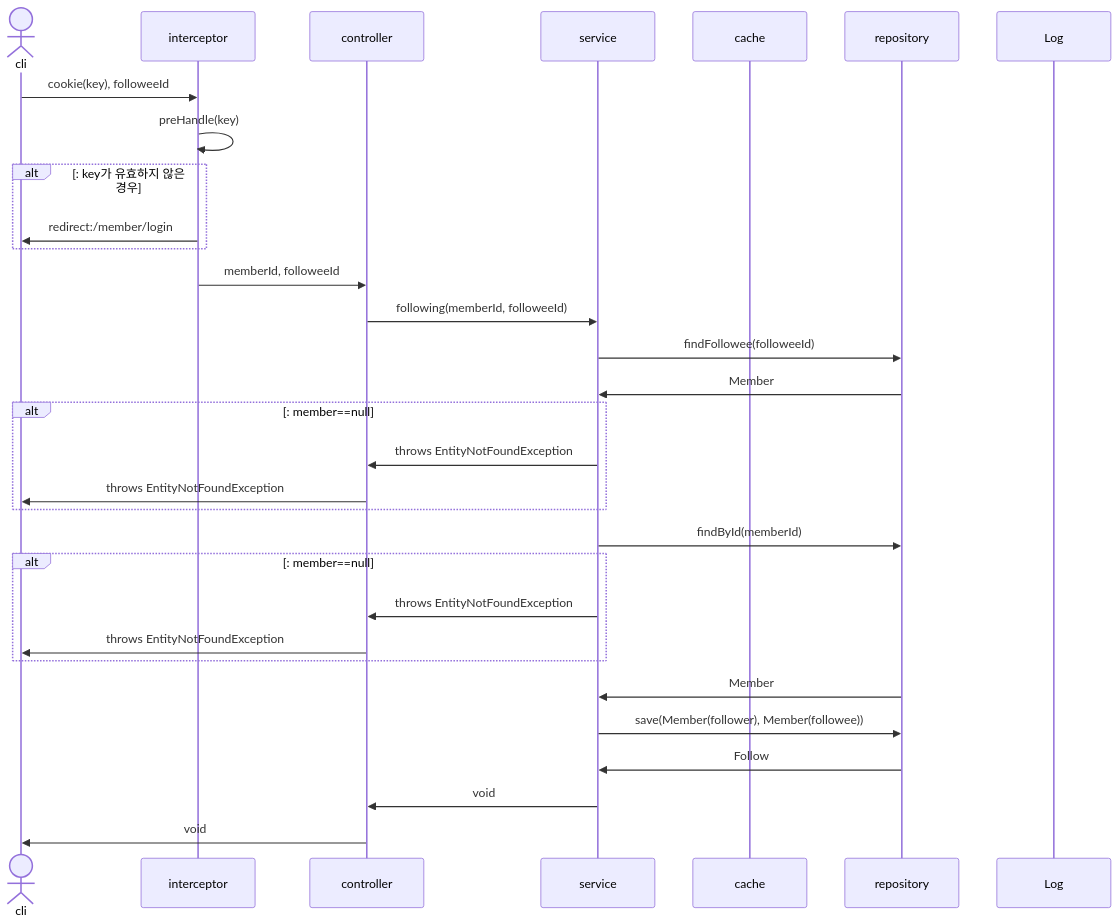
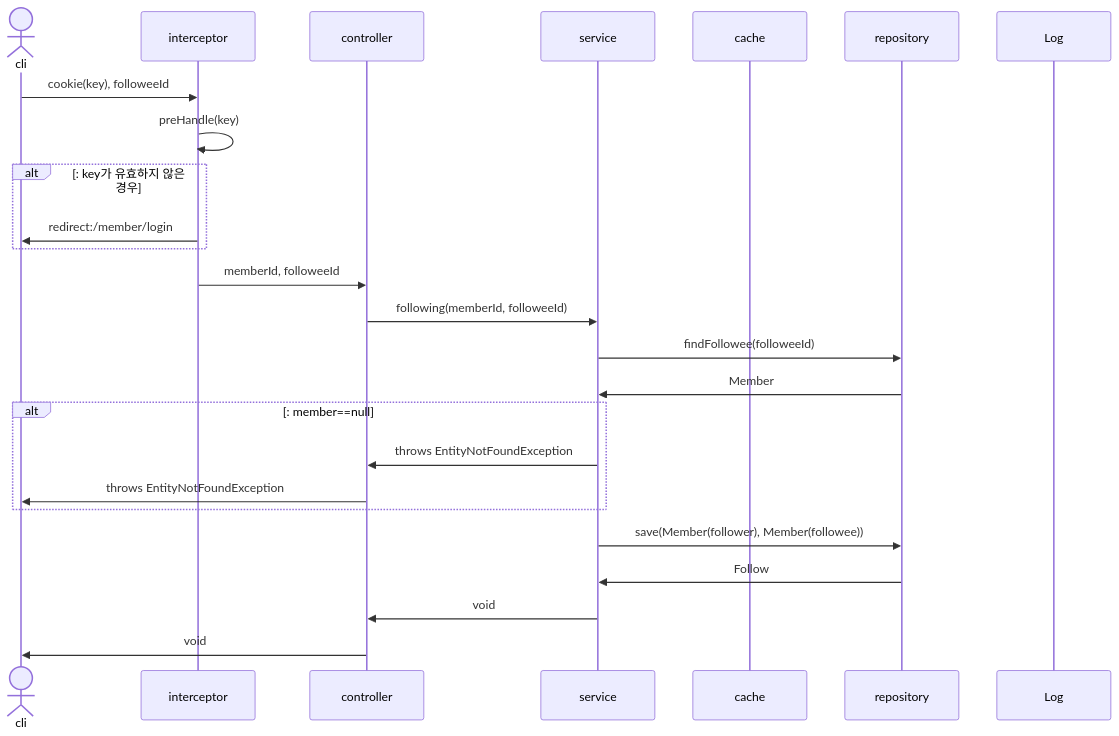
One commit to mtak0235/snsX changed the first of 34 diagrams in sequence.md. Above: the diagram before and after it, drawn with Mermaid. The commit also changed other lines of this file and 5 other files, not shown here.

````diff
--- a/sequence.md
+++ b/sequence.md
@@ -2,34 +2,28 @@
 ```mermaid
 sequenceDiagram
 actor cli
 participant i as interceptor
 participant c as controller
 participant s as service
 participant ca as cache
 participant r as repository
 participant l as Log
 
 cli->>i: cookie(key), followeeId
 i->>i: preHandle(key)
 alt: key가 유효하지 않은 경우
 i->>cli: redirect:/member/login
 end
 i->>c: memberId, followeeId
 c->>s: following(memberId, followeeId)
 s->>r: findFollowee(followeeId)
 r->>s: Member
 alt: member==null
 s->>c: throws EntityNotFoundException
 c->>cli: throws EntityNotFoundException
 end
-s->>r: findById(memberId)
-alt: member==null
-s->>c: throws EntityNotFoundException
-c->>cli: throws EntityNotFoundException
-end
-r->>s: Member
 s->>r: save(Member(follower), Member(followee))
 r->>s: Follow
 s->>c:void
 c->>cli: void
 ```
````
